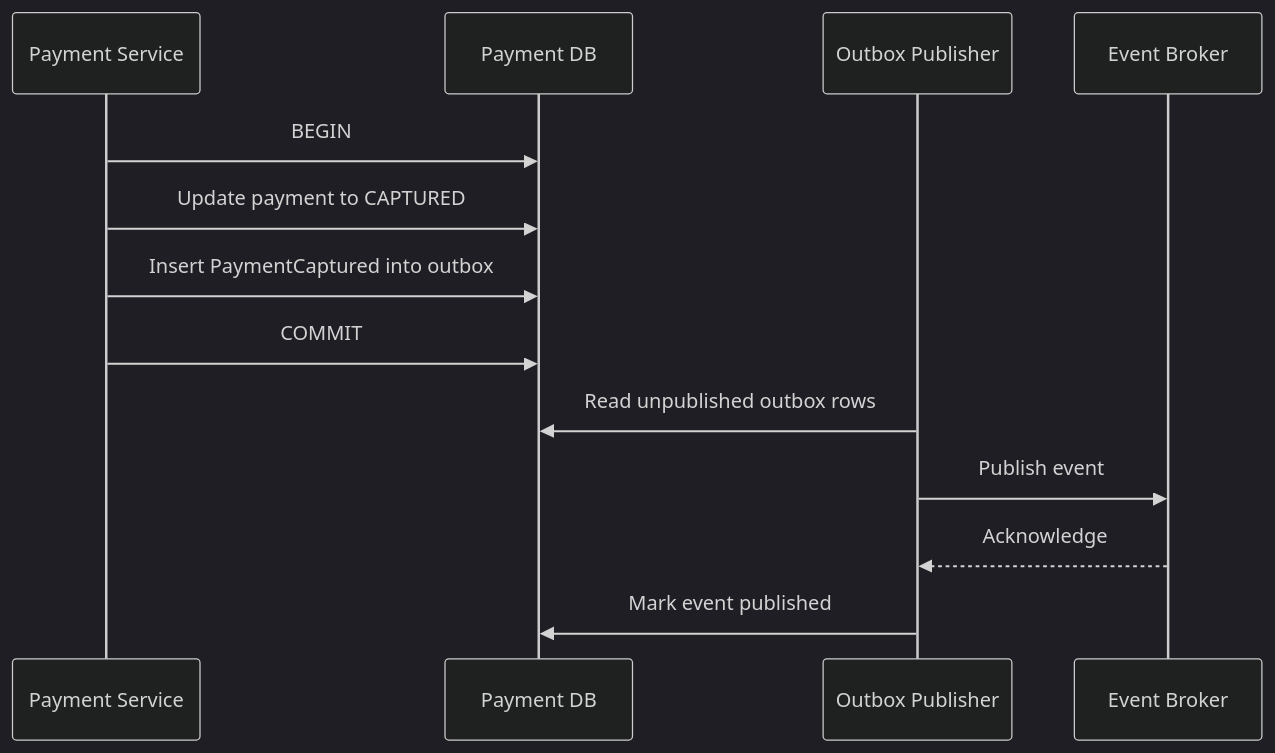
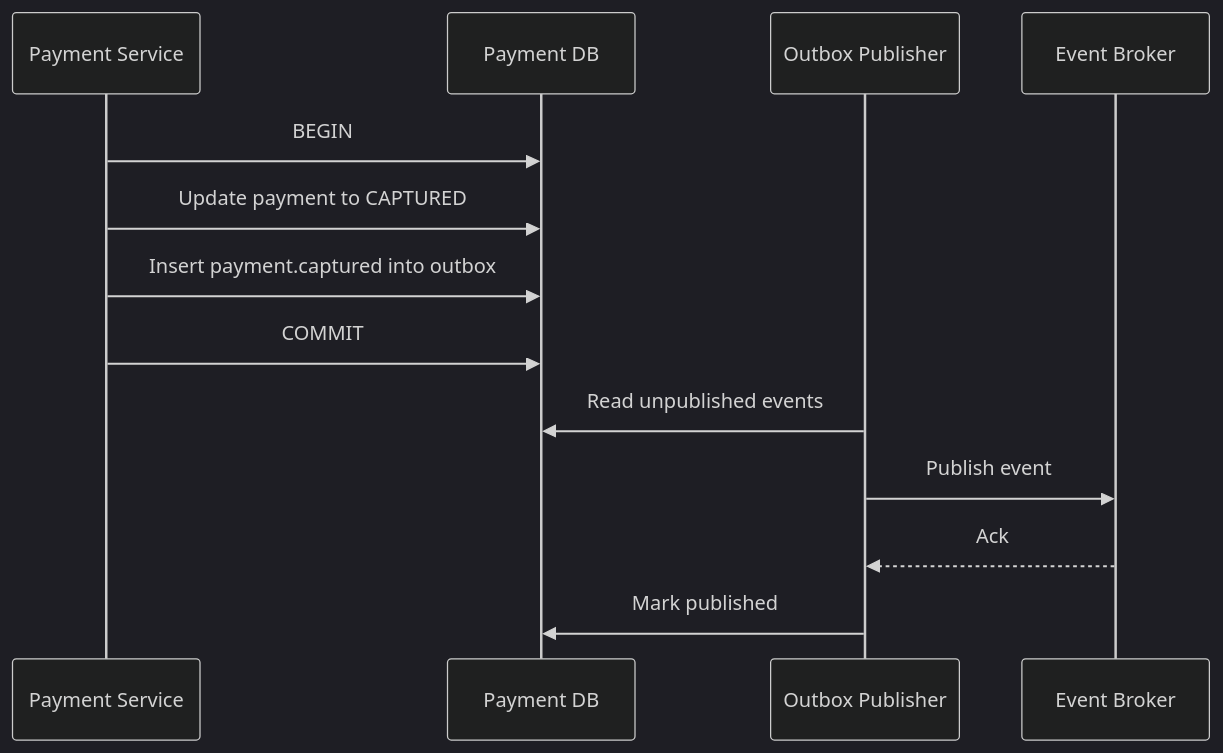
The fifth of 6 diagrams in src/content/system-design/payment-system.md (AvadhBhalodiya/Interview-Preparation), drawn with Mermaid (dark theme) before and after one commit. The commit also changed other lines of this file and 54 other files, not shown here.

````diff
--- a/src/content/system-design/payment-system.md
+++ b/src/content/system-design/payment-system.md
@@ -972,16 +409,17 @@
 ```mermaid
 sequenceDiagram
     participant S as Payment Service
     participant DB as Payment DB
     participant P as Outbox Publisher
     participant Q as Event Broker
 
     S->>DB: BEGIN
     S->>DB: Update payment to CAPTURED
-    S->>DB: Insert PaymentCaptured into outbox
+    S->>DB: Insert payment.captured into outbox
     S->>DB: COMMIT
-    P->>DB: Read unpublished outbox rows
+
+    P->>DB: Read unpublished events
     P->>Q: Publish event
-    Q-->>P: Acknowledge
-    P->>DB: Mark event published
+    Q-->>P: Ack
+    P->>DB: Mark published
 ```
````
